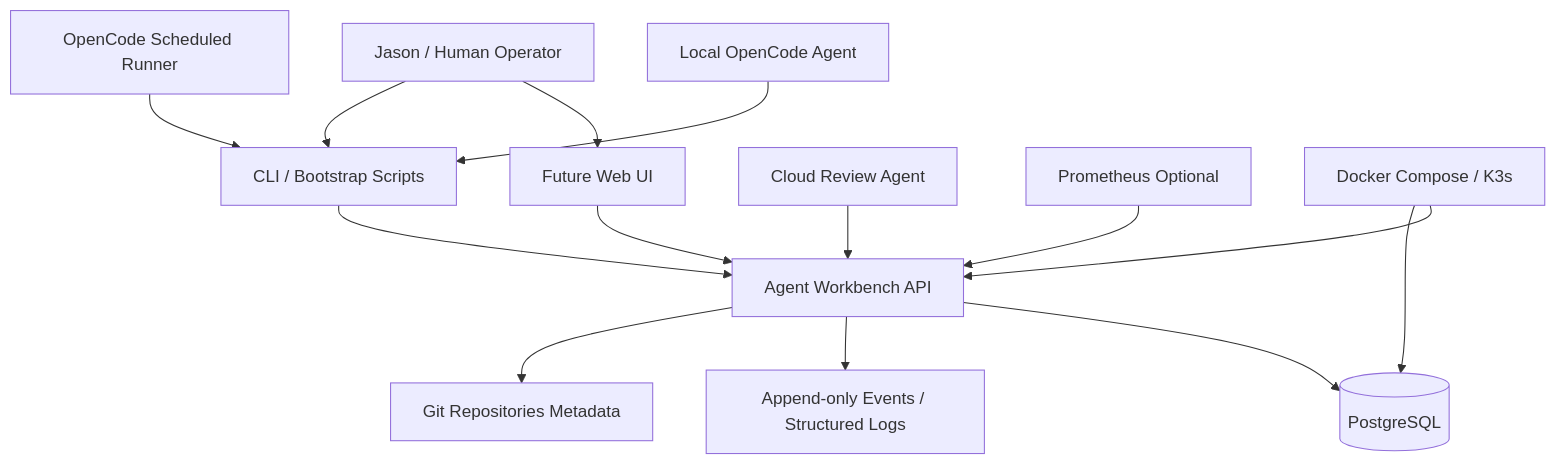
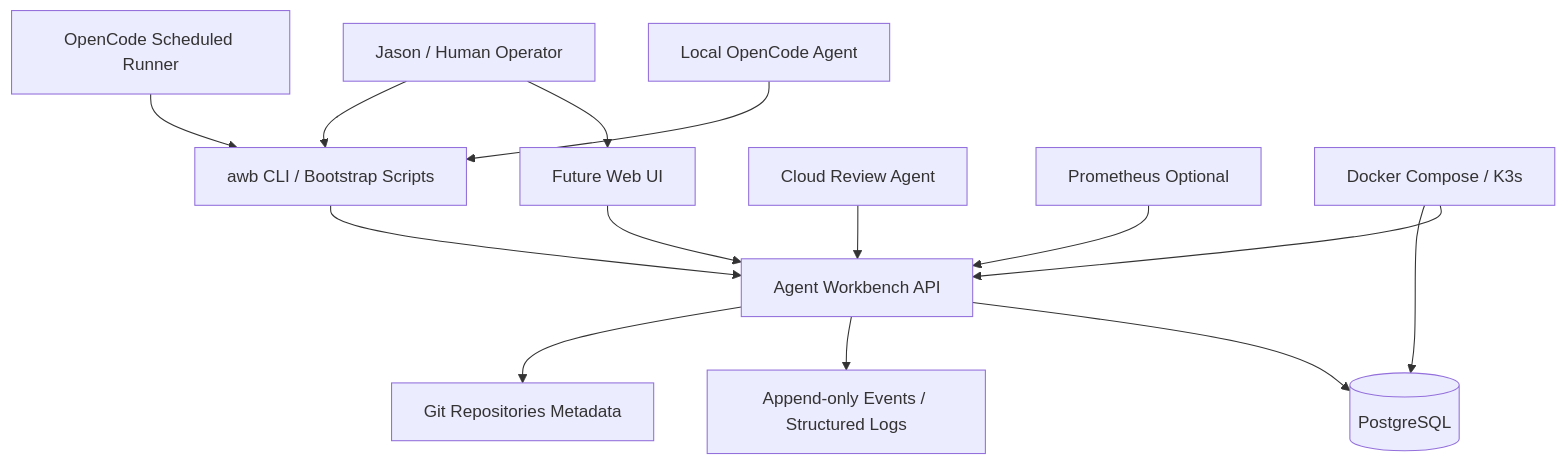
Before and after one commit to awesomejt/agent-workbench: the first of 3 diagrams in docs/Architecture.md, drawn with Mermaid. The commit also changed other lines of this file and 10 other files, not shown here.

First line of the commit message:
feat(cli): add install script, ~/.config/awb config path, and doc updates

````diff
--- a/docs/Architecture.md
+++ b/docs/Architecture.md
@@ -13,16 +13,16 @@
 ```mermaid
 flowchart TD
     Human[Jason / Human Operator] --> Web[Future Web UI]
-    Human --> CLI[CLI / Bootstrap Scripts]
+    Human --> CLI[awb CLI / Bootstrap Scripts]
     LocalAgent[Local OpenCode Agent] --> CLI
     CloudAgent[Cloud Review Agent] --> API[Agent Workbench API]
     CLI --> API
     Web --> API
     API --> DB[(PostgreSQL)]
     API --> Events[Append-only Events / Structured Logs]
     Prometheus[Prometheus Optional] --> API
     API --> Git[Git Repositories Metadata]
     OpenCode[OpenCode Scheduled Runner] --> CLI
     Compose[Docker Compose / K3s] --> API
     Compose --> DB
 ```
````
